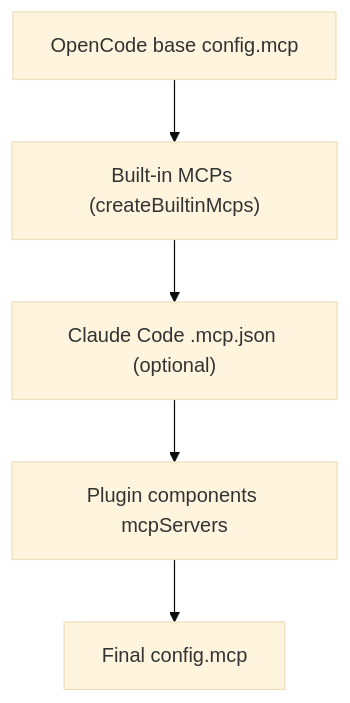
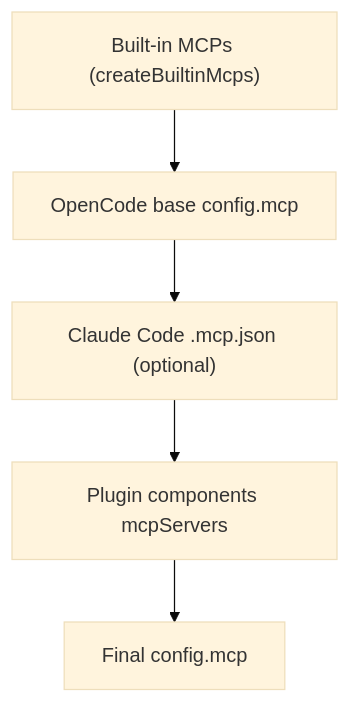
Before and after one commit to arcthur/oh-my-opencode: the diagram in docs/reference/mcps.md, drawn with Mermaid (base theme). The commit also changed other lines of this file and 49 other files, not shown here.

````diff
--- a/docs/reference/mcps.md
+++ b/docs/reference/mcps.md
@@ -100,7 +100,7 @@
 ```mermaid
 flowchart TD
-  A["OpenCode base config.mcp"] --> B["Built-in MCPs (createBuiltinMcps)"]
+  A["Built-in MCPs (createBuiltinMcps)"] --> B["OpenCode base config.mcp"]
   B --> C["Claude Code .mcp.json (optional)"]
   C --> D["Plugin components mcpServers"]
   D --> E["Final config.mcp"]
 ```
````
